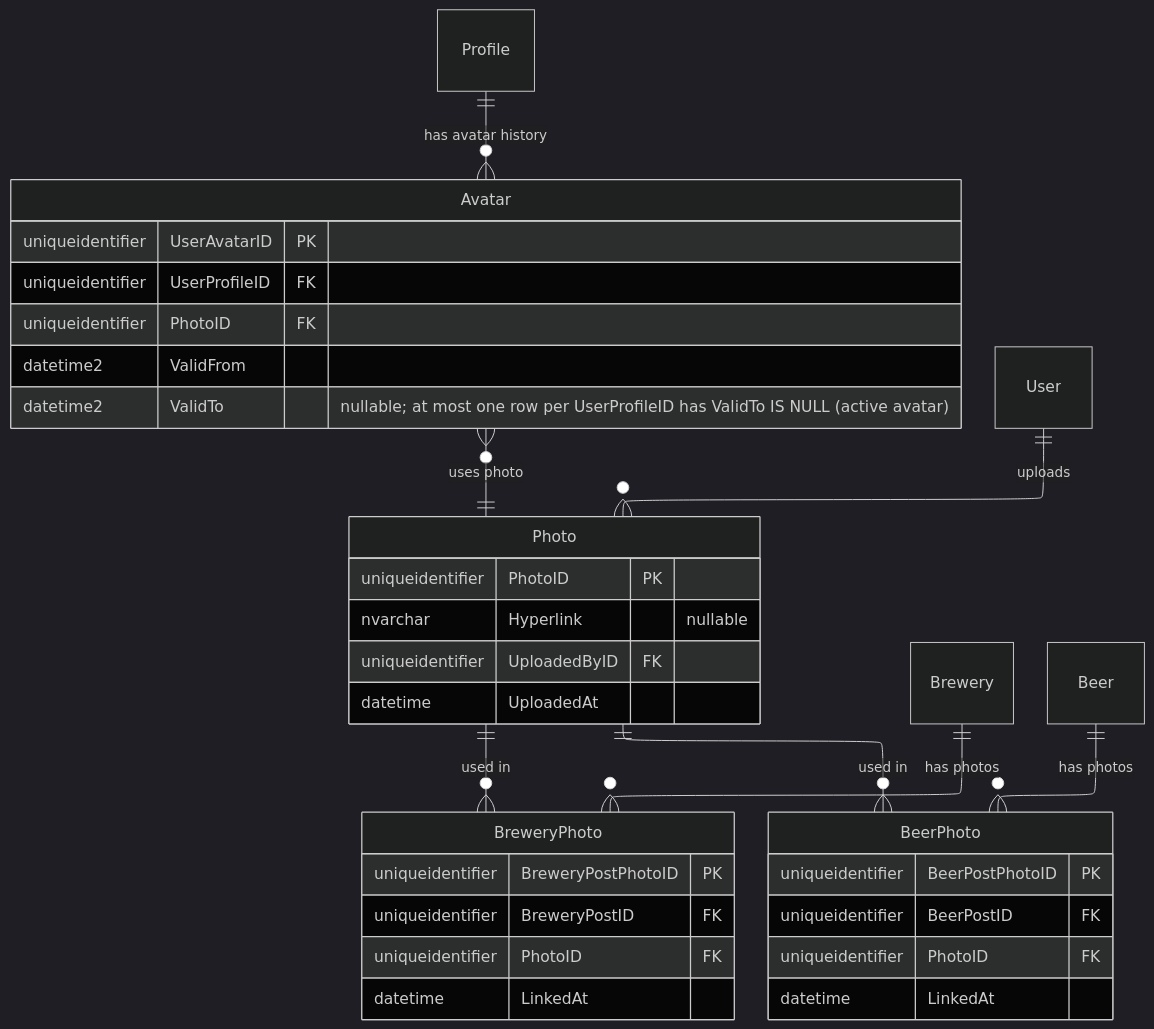
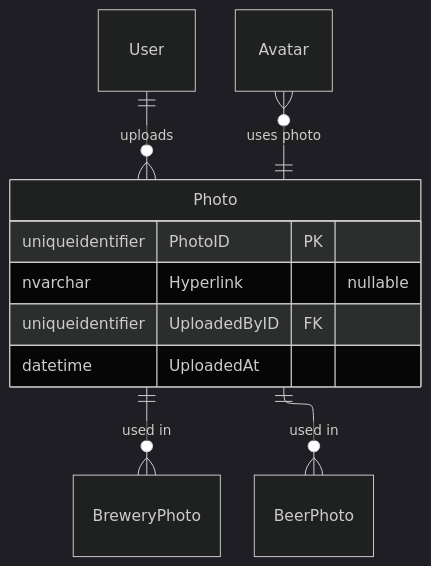
The diagram in docs/web/diagrams/database-schema/media.mmd (aaronpo97/the-biergarten-app), drawn with Mermaid (dark theme) before and after one commit. The commit also changed 36 other files, not shown here.

Commit message:
Split dbo schema into per-domain SQL schemas (#274)

```diff
--- a/docs/web/diagrams/database-schema/media.mmd
+++ b/docs/web/diagrams/database-schema/media.mmd
@@ -1,44 +1,19 @@
 ---
 config:
     layout: elk
 ---
 
 erDiagram
+    User ||--o{ Photo : "uploads"
+
+    %% Cross-schema: defined in full in auth.mmd / social.mmd / brewery.mmd / beer.mmd
     Avatar }o--|| Photo : "uses photo"
     Photo ||--o{ BreweryPhoto : "used in"
     Photo ||--o{ BeerPhoto : "used in"
-
-    %% Cross-schema: defined in full in identity.mmd / brewery.mmd / beer.mmd
-    Profile ||--o{ Avatar : "has avatar history"
-    User ||--o{ Photo : "uploads"
-    Brewery ||--o{ BreweryPhoto : "has photos"
-    Beer ||--o{ BeerPhoto : "has photos"
 
     Photo {
         uniqueidentifier PhotoID PK
         nvarchar Hyperlink "nullable"
         uniqueidentifier UploadedByID FK
         datetime UploadedAt
     }
-
-    Avatar {
-        uniqueidentifier UserAvatarID PK
-        uniqueidentifier UserProfileID FK
-        uniqueidentifier PhotoID FK
-        datetime2 ValidFrom
-        datetime2 ValidTo "nullable; at most one row per UserProfileID has ValidTo IS NULL (active avatar)"
-    }
-
-    BreweryPhoto {
-        uniqueidentifier BreweryPostPhotoID PK
-        uniqueidentifier BreweryPostID FK
-        uniqueidentifier PhotoID FK
-        datetime LinkedAt
-    }
-
-    BeerPhoto {
-        uniqueidentifier BeerPostPhotoID PK
-        uniqueidentifier BeerPostID FK
-        uniqueidentifier PhotoID FK
-        datetime LinkedAt
-    }
```
